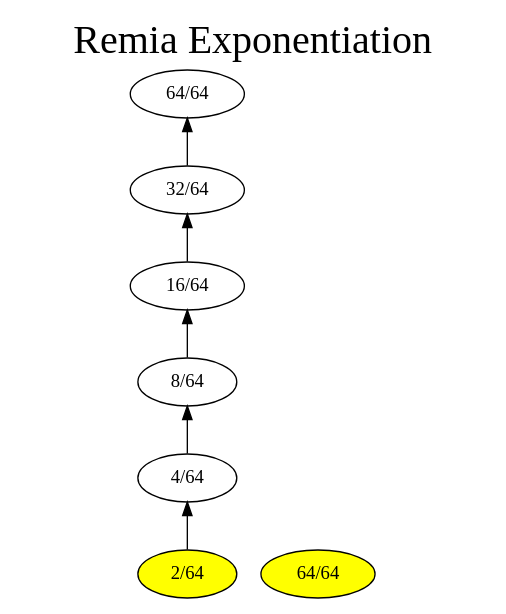
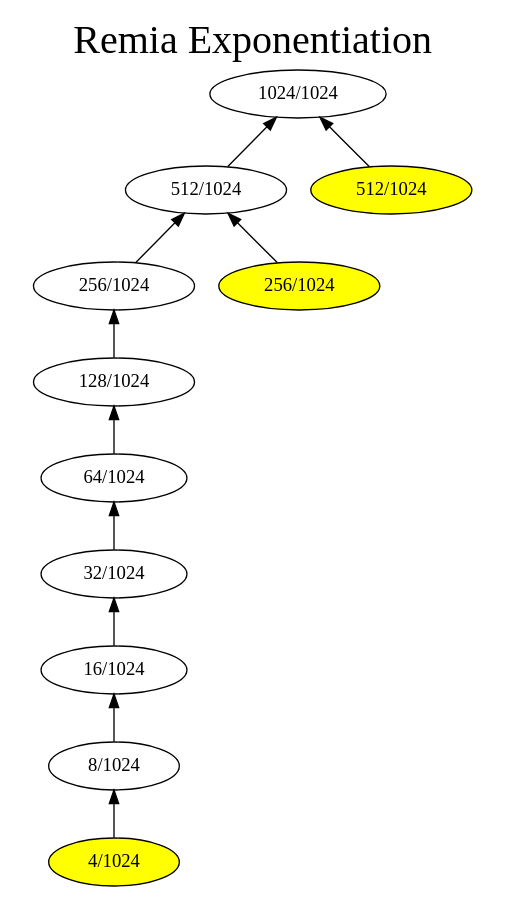
One commit to iitramar/guiTool changed the diagram in GuiTool/image/Remia/RemiaHeapDot.dot. Above: the diagram before and after it, drawn with Graphviz. The commit also changed 57 other files, not shown here.

```diff
--- a/GuiTool/image/Remia/RemiaHeapDot.dot
+++ b/GuiTool/image/Remia/RemiaHeapDot.dot
@@ -1,18 +1,28 @@
 digraph G { 
 rankdir = BT;
 graph [label= "Remia Exponentiation", labelloc=t, fontsize=30];
-101[label= " 64/64 " ];
-202[label= " 32/64 " ];
+101[label= " 1024/1024 " ];
+202[label= " 512/1024 " ];
 202->101
-404[label= " 16/64 " ];
+203[label= " 512/1024 " ];
+203->101
+404[label= " 256/1024 " ];
 404->202
-808[label= " 8/64 " ];
+405[label= " 256/1024 " ];
+405->202
+808[label= " 128/1024 " ];
 808->404
-1616[label= " 4/64 " ];
+1616[label= " 64/1024 " ];
 1616->808
-3232[label= " 2/64 " ];
+3232[label= " 32/1024 " ];
 3232->1616
-3232[style=filled, fillcolor=yellow];
-201[label= " 64/64 " ];
-201[style=filled, fillcolor=yellow];
+6464[label= " 16/1024 " ];
+6464->3232
+12928[label= " 8/1024 " ];
+12928->6464
+25856[label= " 4/1024 " ];
+25856->12928
+25856[style=filled, fillcolor=yellow];
+405[style=filled, fillcolor=yellow];
+203[style=filled, fillcolor=yellow];
 }
```
